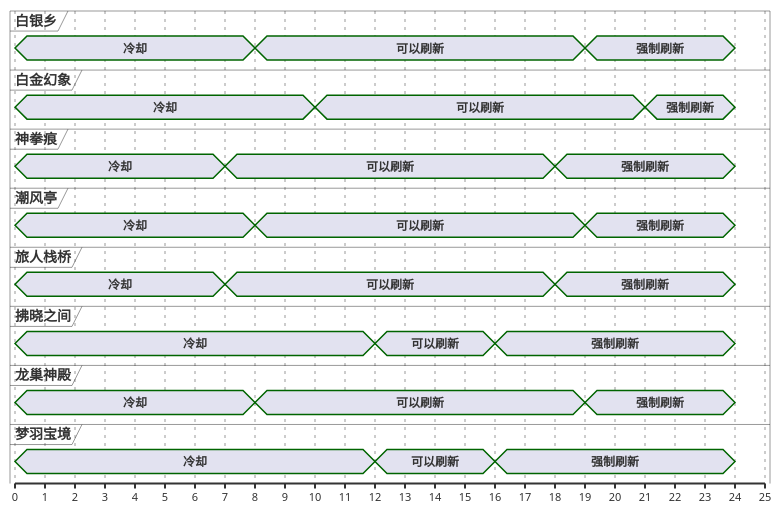
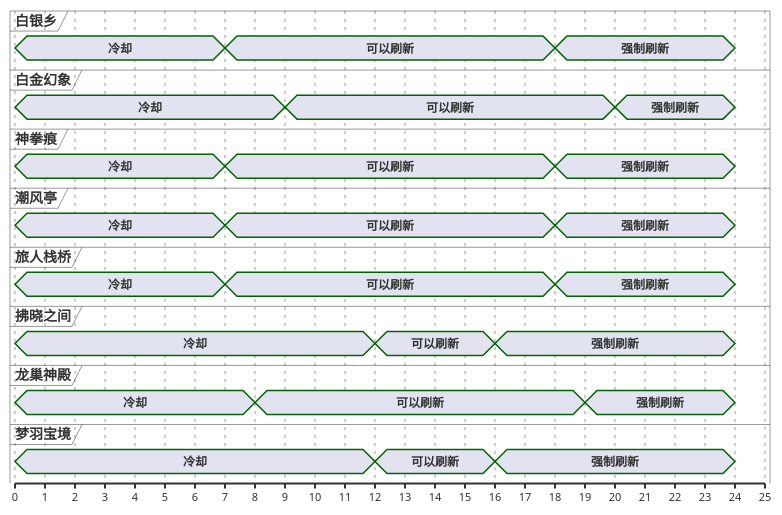
One commit to Eroleice/doc-pi changed the second of 13 diagrams in ffxiv/hunt/2.0/Zona-Seeker.md. Above: the diagram before and after it, drawn with PlantUML. The commit also changed other lines of this file and 38 other files, not shown here.

````diff
--- a/ffxiv/hunt/2.0/Zona-Seeker.md
+++ b/ffxiv/hunt/2.0/Zona-Seeker.md
@@ -99,63 +99,63 @@
 ```plantuml
 @startuml
 scale 1 as 30 pixels
 
 concise 白银乡
 concise 白金幻象
 concise 神拳痕
 concise 潮风亭
 concise 旅人栈桥
 concise 拂晓之间
 concise 龙巢神殿
 concise 梦羽宝境
 
 @拂晓之间
 0 is 冷却
 12 is 可以刷新
 16 is 强制刷新
 24 is {hidden}
 
 @梦羽宝境
 0 is 冷却
 12 is 可以刷新
 16 is 强制刷新
 24 is {hidden}
 
 @旅人栈桥
 0 is 冷却
 7 is 可以刷新
 18 is 强制刷新
 24 is {hidden}
 
 @神拳痕
 0 is 冷却
 7 is 可以刷新
 18 is 强制刷新
 24 is {hidden}
 
 @潮风亭
 0 is 冷却
-8 is 可以刷新
-19 is 强制刷新
+7 is 可以刷新
+18 is 强制刷新
 24 is {hidden}
 
 @白银乡
 0 is 冷却
-8 is 可以刷新
-19 is 强制刷新
+7 is 可以刷新
+18 is 强制刷新
 24 is {hidden}
 
 @龙巢神殿
 0 is 冷却
 8 is 可以刷新
 19 is 强制刷新
 24 is {hidden}
 
 @白金幻象
 0 is 冷却
-10 is 可以刷新
-21 is 强制刷新
+9 is 可以刷新
+20 is 强制刷新
 24 is {hidden}
 
 @enduml
 ```
````
